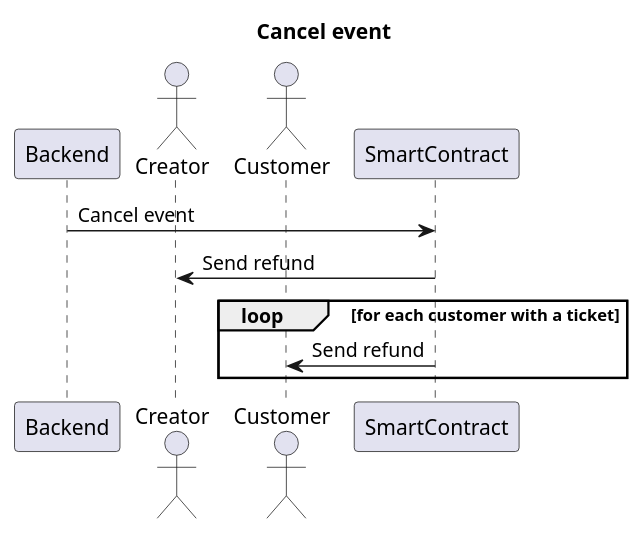
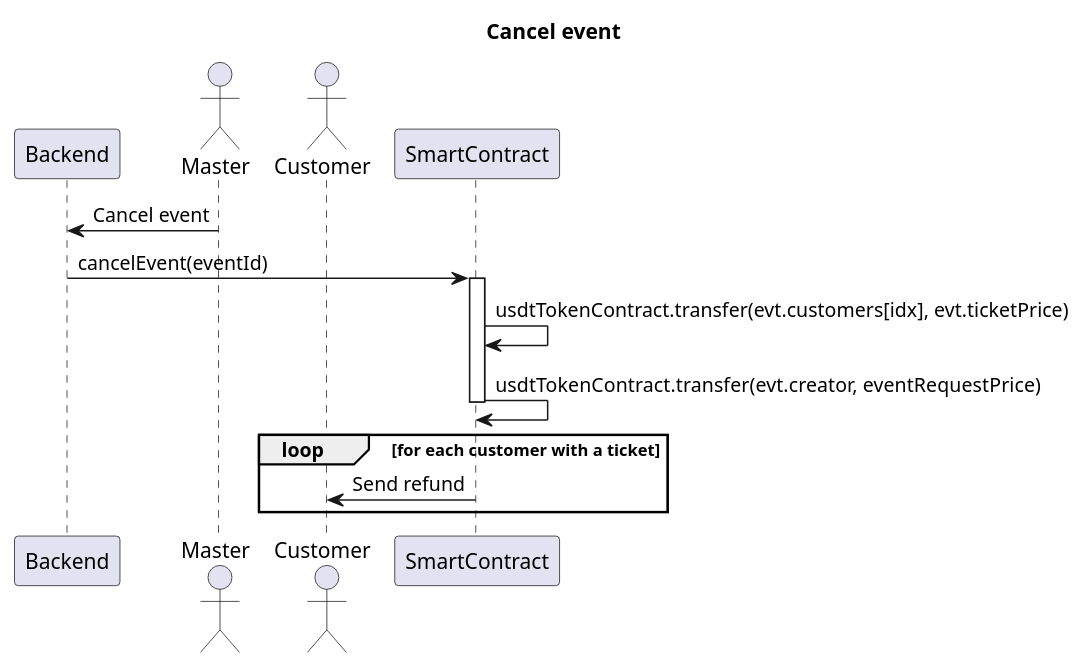
One commit to ai-shift/cyber-valley-tickets changed diagram 17 of 26 in README.org. Above: the diagram before and after it, drawn with PlantUML. The commit also changed other lines of this file, not shown here.

```diff
--- a/README.org
+++ b/README.org
@@ -381,14 +428,18 @@
 #+begin_src plantuml :file ./img/cancel-event.png
 title Cancel event
 
 participant Backend
-actor Creator
+actor Master
 actor Customer
 participant SmartContract
 
-Backend -> SmartContract: Cancel event
-SmartContract -> Creator: Send refund
+Master -> Backend: Cancel event
+Backend -> SmartContract: cancelEvent(eventId)
+activate SmartContract
+SmartContract -> SmartContract: usdtTokenContract.transfer(evt.customers[idx], evt.ticketPrice)
+SmartContract -> SmartContract: usdtTokenContract.transfer(evt.creator, eventRequestPrice)
+deactivate SmartContract
 loop for each customer with a ticket
   SmartContract -> Customer: Send refund
 end
 #+end_src
```
